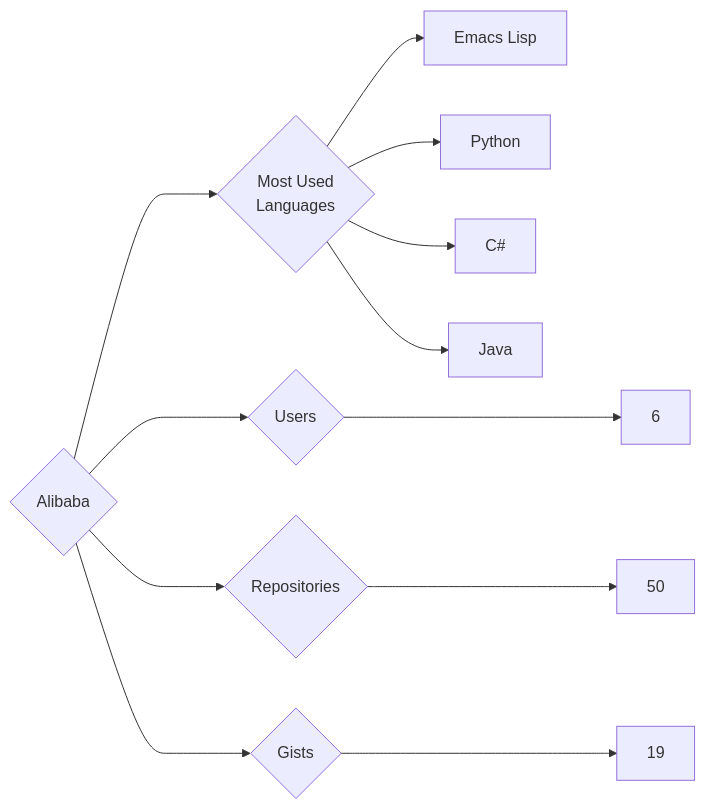
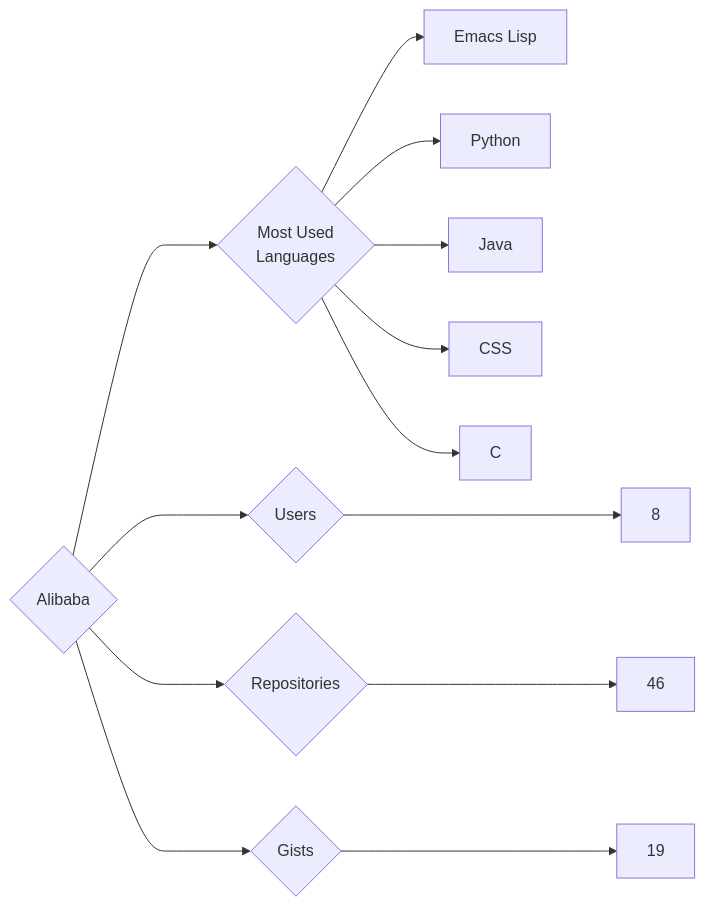
One commit to trickest/insiders changed the diagram in targets/Alibaba/README.md. Above: the diagram before and after it, drawn with Mermaid. The commit also changed 1055 other files, not shown here.

````diff
--- a/targets/Alibaba/README.md
+++ b/targets/Alibaba/README.md
@@ -3,12 +3,13 @@
 ```mermaid
 graph LR
 COMPANY_NAME{Alibaba}
-COMPANY_NAME ---> U{Users} ---> UN[6]
-COMPANY_NAME ---> R{Repositories} ---> RN[50]
+COMPANY_NAME ---> U{Users} ---> UN[8]
+COMPANY_NAME ---> R{Repositories} ---> RN[46]
 COMPANY_NAME ---> G{Gists} ---> GN[19]
 COMPANY_NAME ---> ML{Most Used<br>Languages}
 ML --> Emacs_Lisp[Emacs Lisp]
 ML --> Python[Python]
-ML --> C#[C#]
 ML --> Java[Java]
+ML --> CSS[CSS]
+ML --> C[C]
 ```
````
